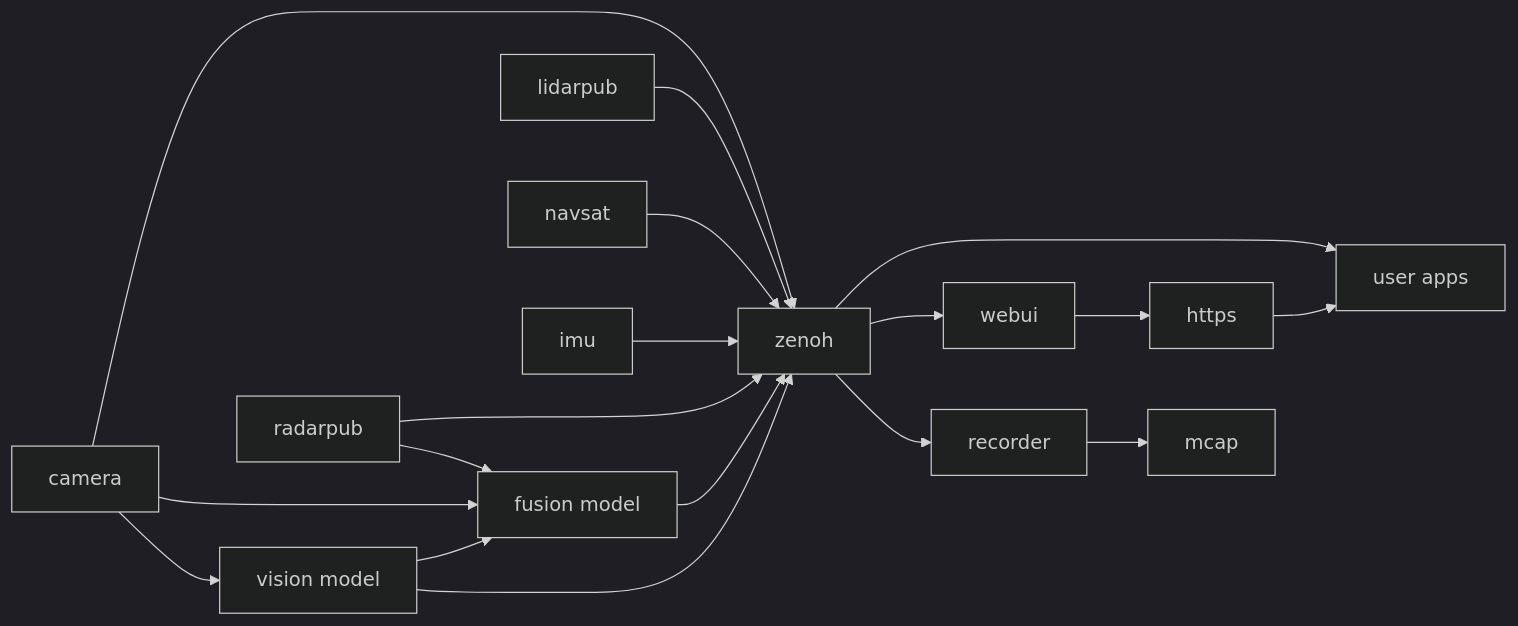
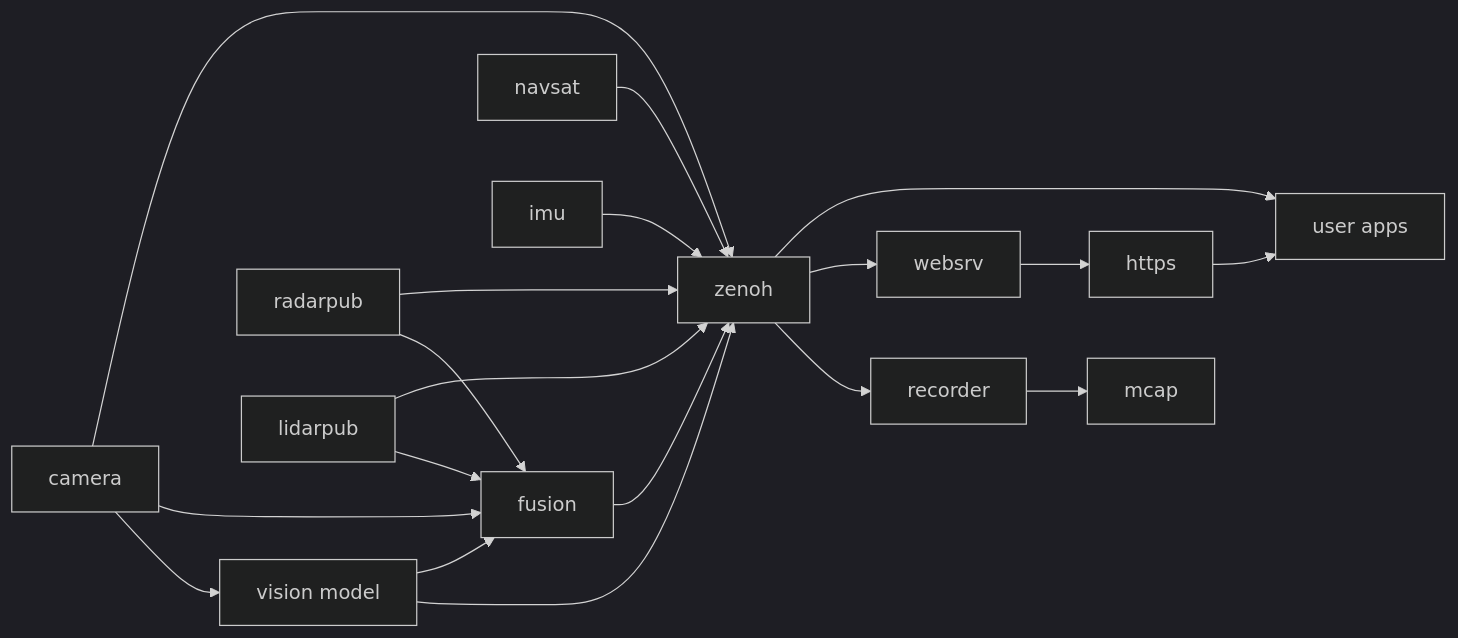
The diagram in docs/perception/topics/index.md (EdgeFirstAI/documentation), drawn with Mermaid (dark theme) before and after one commit. The commit also changed other lines of this file and 69 other files, not shown here.

````diff
--- a/docs/perception/topics/index.md
+++ b/docs/perception/topics/index.md
@@ -9,16 +9,17 @@
 ```mermaid
 graph LR
-    camera --> model["vision model"] --> zenoh    
-    radarpub --> fusion["fusion model"] --> zenoh
+    camera --> model["vision model"] --> zenoh
+    radarpub --> fusion["fusion"] --> zenoh
+    lidarpub --> fusion
     lidarpub --> zenoh
     camera --> fusion
     radarpub --> zenoh
-    camera --> zenoh    
+    camera --> zenoh
     model --> fusion
     navsat --> zenoh
     imu --> zenoh
     zenoh --> recorder --> mcap
-    zenoh --> webui --> https
+    zenoh --> websrv --> https
     zenoh --> user["user apps"]
     https --> user
 ```
````
